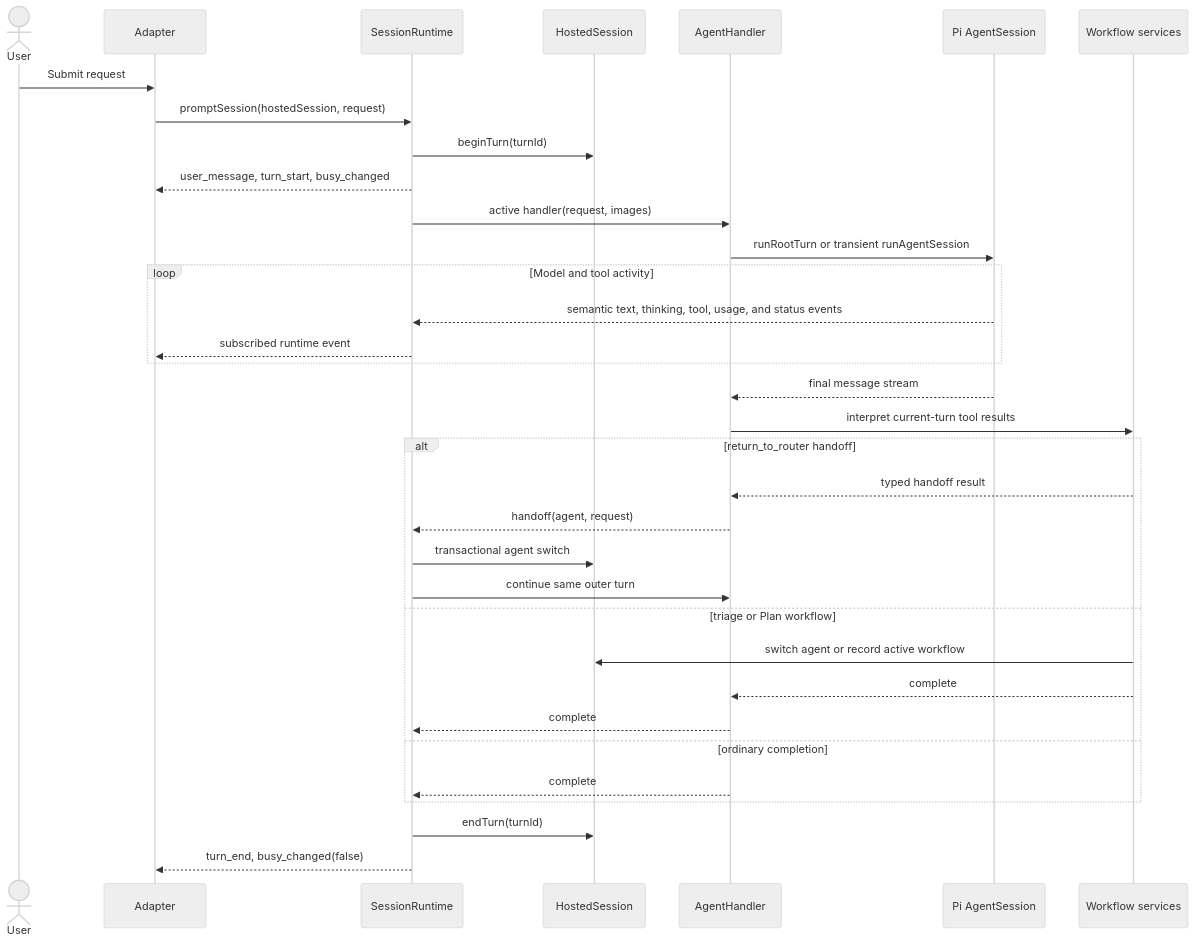
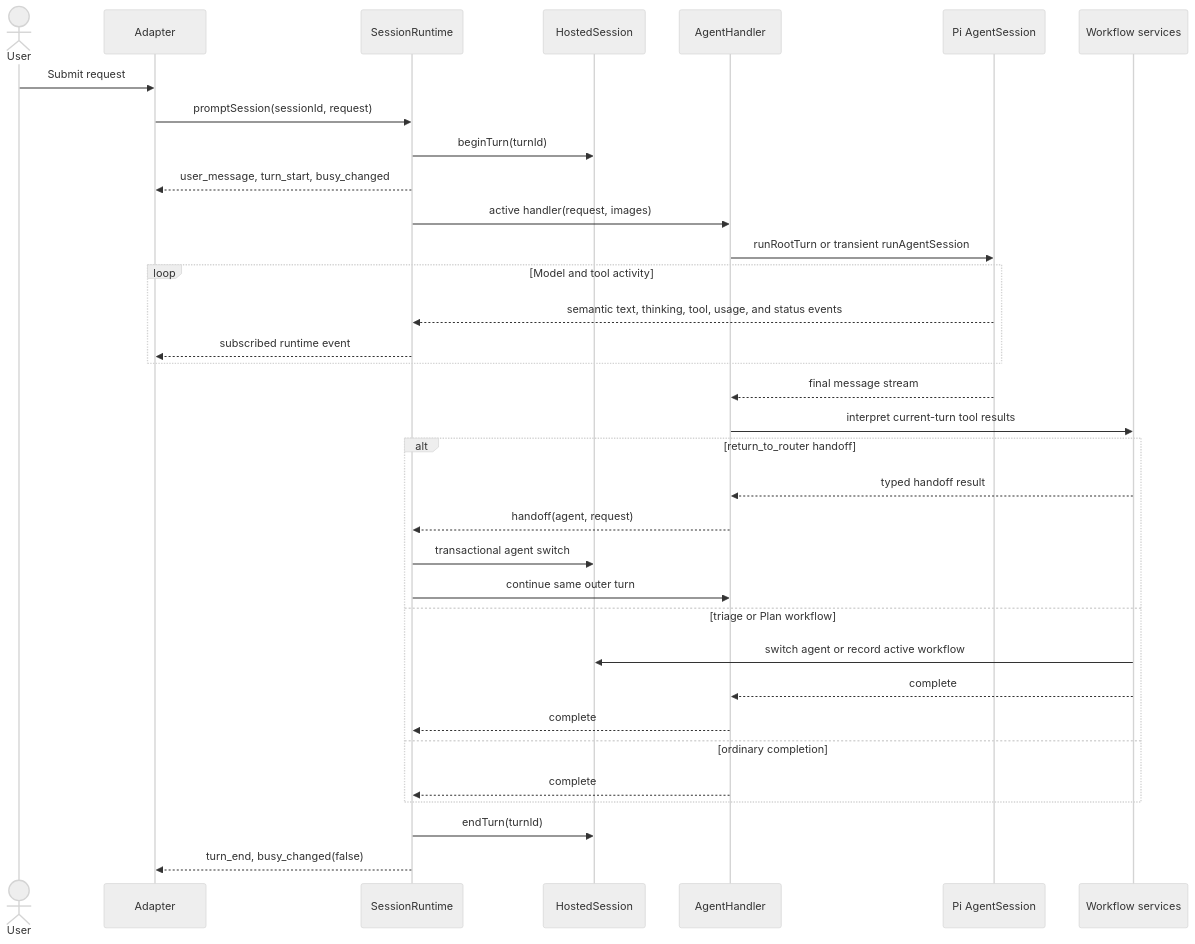
Before and after one commit to gandazgul/runwield: the eighth of 13 diagrams in architecture.md, drawn with Mermaid (neutral theme). The commit also changed other lines of this file and 115 other files, not shown here.

First line of the commit message:
Hide session internals behind Runtime

````diff
--- a/architecture.md
+++ b/architecture.md
@@ -178,41 +389,41 @@
 ```mermaid
 sequenceDiagram
     actor User
     participant Adapter
     participant Runtime as SessionRuntime
     participant Hosted as HostedSession
     participant Handler as AgentHandler
     participant Pi as Pi AgentSession
     participant Workflow as Workflow services
 
     User->>Adapter: Submit request
-    Adapter->>Runtime: promptSession(hostedSession, request)
+    Adapter->>Runtime: promptSession(sessionId, request)
     Runtime->>Hosted: beginTurn(turnId)
     Runtime-->>Adapter: user_message, turn_start, busy_changed
     Runtime->>Handler: active handler(request, images)
     Handler->>Pi: runRootTurn or transient runAgentSession
 
     loop Model and tool activity
         Pi-->>Runtime: semantic text, thinking, tool, usage, and status events
         Runtime-->>Adapter: subscribed runtime event
     end
 
     Pi-->>Handler: final message stream
     Handler->>Workflow: interpret current-turn tool results
 
     alt return_to_router handoff
         Workflow-->>Handler: typed handoff result
         Handler-->>Runtime: handoff(agent, request)
         Runtime->>Hosted: transactional agent switch
         Runtime->>Handler: continue same outer turn
     else triage or Plan workflow
         Workflow->>Hosted: switch agent or record active workflow
         Workflow-->>Handler: complete
         Handler-->>Runtime: complete
     else ordinary completion
         Handler-->>Runtime: complete
     end
 
     Runtime->>Hosted: endTurn(turnId)
     Runtime-->>Adapter: turn_end, busy_changed(false)
 ```
````
